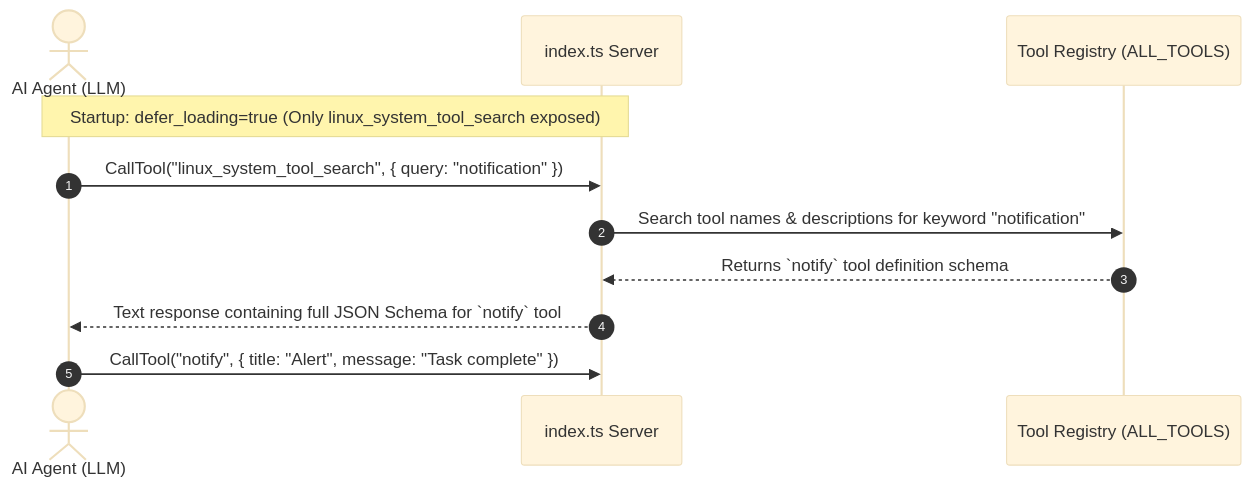
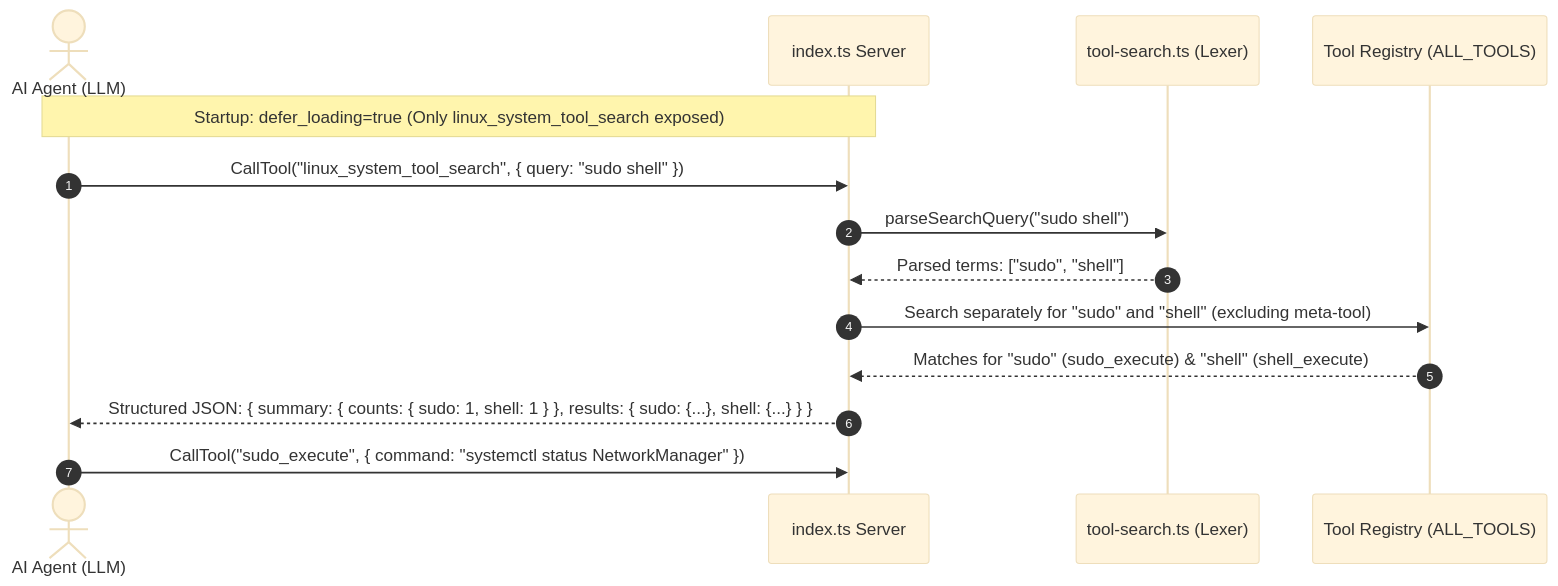
Before and after one commit to dgpl-mcps/linux_system_mcp: the fifth of 5 diagrams in arch.md, drawn with Mermaid (base theme). The commit also changed other lines of this file and 2 other files, not shown here.

Commit message:
docs: update arch.md, defer_loading_guide.md, and add IMPROVEMENTS_LOG.md for multi-term search engine

````diff
--- a/arch.md
+++ b/arch.md
@@ -251,14 +256,17 @@
 ```mermaid
 sequenceDiagram
     autonumber
     actor AI as AI Agent (LLM)
     participant MCP as index.ts Server
+    participant Lexer as tool-search.ts (Lexer)
     participant Registry as Tool Registry (ALL_TOOLS)
 
     Note over AI,MCP: Startup: defer_loading=true (Only linux_system_tool_search exposed)
-    AI->>MCP: CallTool("linux_system_tool_search", { query: "notification" })
-    MCP->>Registry: Search tool names & descriptions for keyword "notification"
-    Registry-->>MCP: Returns `notify` tool definition schema
-    MCP-->>AI: Text response containing full JSON Schema for `notify` tool
-    AI->>MCP: CallTool("notify", { title: "Alert", message: "Task complete" })
+    AI->>MCP: CallTool("linux_system_tool_search", { query: "sudo shell" })
+    MCP->>Lexer: parseSearchQuery("sudo shell")
+    Lexer-->>MCP: Parsed terms: ["sudo", "shell"]
+    MCP->>Registry: Search separately for "sudo" and "shell" (excluding meta-tool)
+    Registry-->>MCP: Matches for "sudo" (sudo_execute) & "shell" (shell_execute)
+    MCP-->>AI: Structured JSON: { summary: { counts: { sudo: 1, shell: 1 } }, results: { sudo: {...}, shell: {...} } }
+    AI->>MCP: CallTool("sudo_execute", { command: "systemctl status NetworkManager" })
 ```
````
